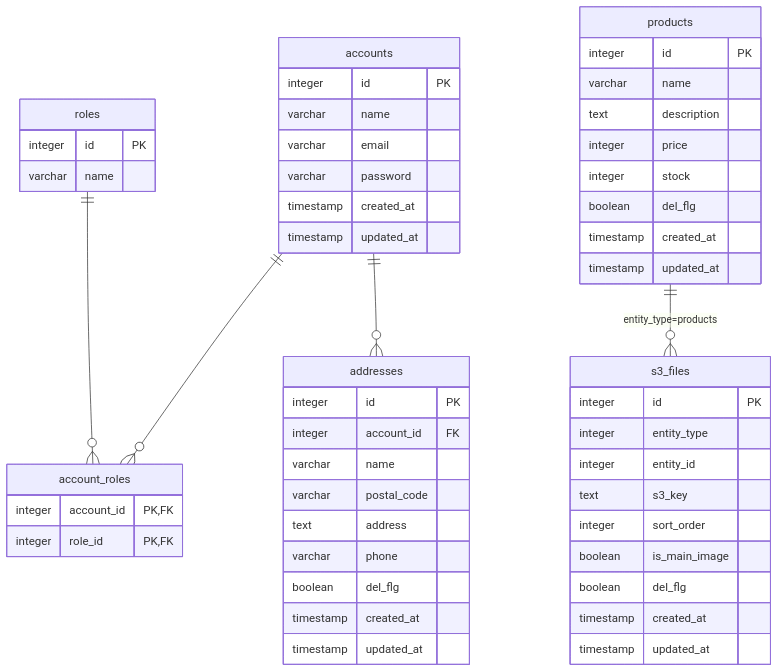
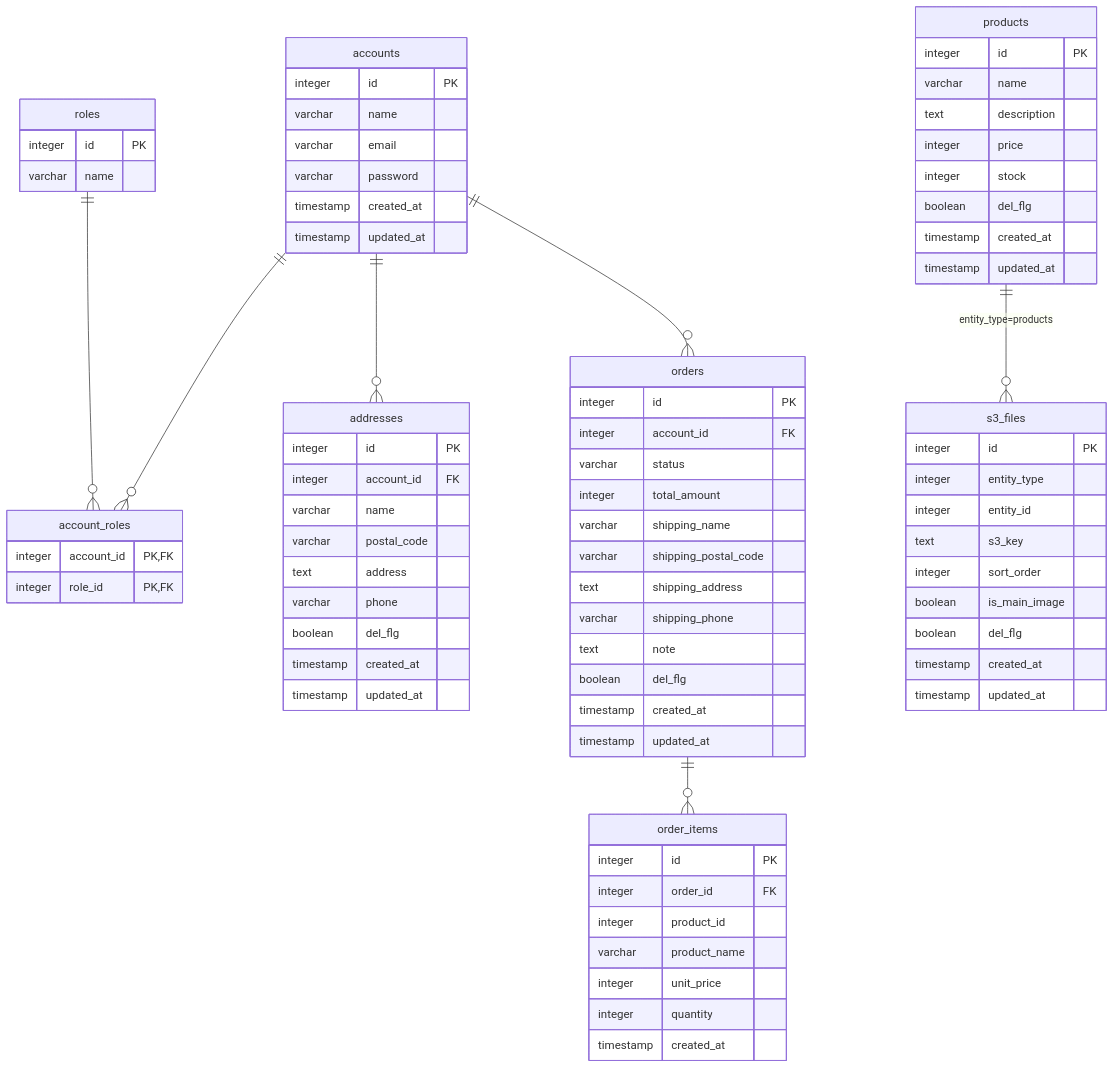
The diagram in docs/db-schema.md (misaku54/ec-app), drawn with Mermaid before and after one commit. The commit also changed other lines of this file and 1 other file, not shown here.

First line of the commit message:
docs: db-schema と tech-debt をメンテ

````diff
--- a/docs/db-schema.md
+++ b/docs/db-schema.md
@@ -170,8 +209,35 @@
         timestamp updated_at
     }
 
+    orders {
+        integer id PK
+        integer account_id FK
+        varchar status
+        integer total_amount
+        varchar shipping_name
+        varchar shipping_postal_code
+        text shipping_address
+        varchar shipping_phone
+        text note
+        boolean del_flg
+        timestamp created_at
+        timestamp updated_at
+    }
+
+    order_items {
+        integer id PK
+        integer order_id FK
+        integer product_id
+        varchar product_name
+        integer unit_price
+        integer quantity
+        timestamp created_at
+    }
+
     accounts ||--o{ account_roles : ""
     roles ||--o{ account_roles : ""
     accounts ||--o{ addresses : ""
     products ||--o{ s3_files : "entity_type=products"
+    accounts ||--o{ orders : ""
+    orders ||--o{ order_items : ""
 ```
````
